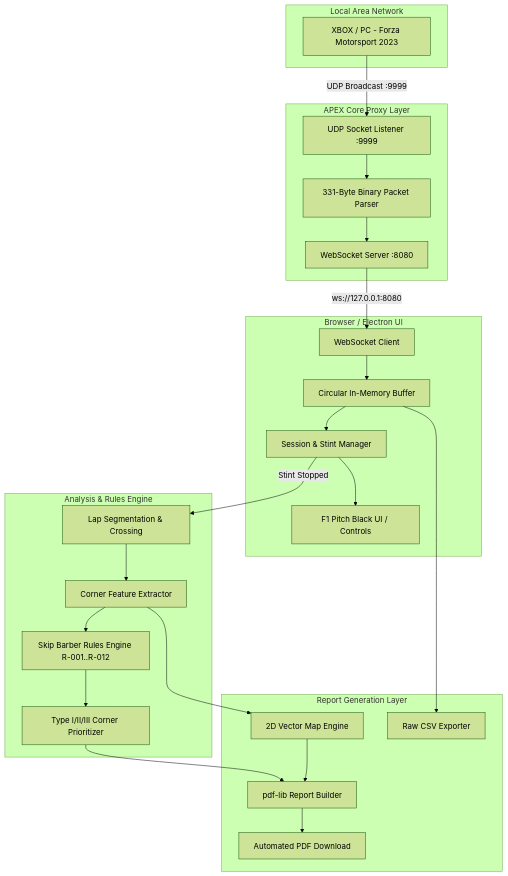
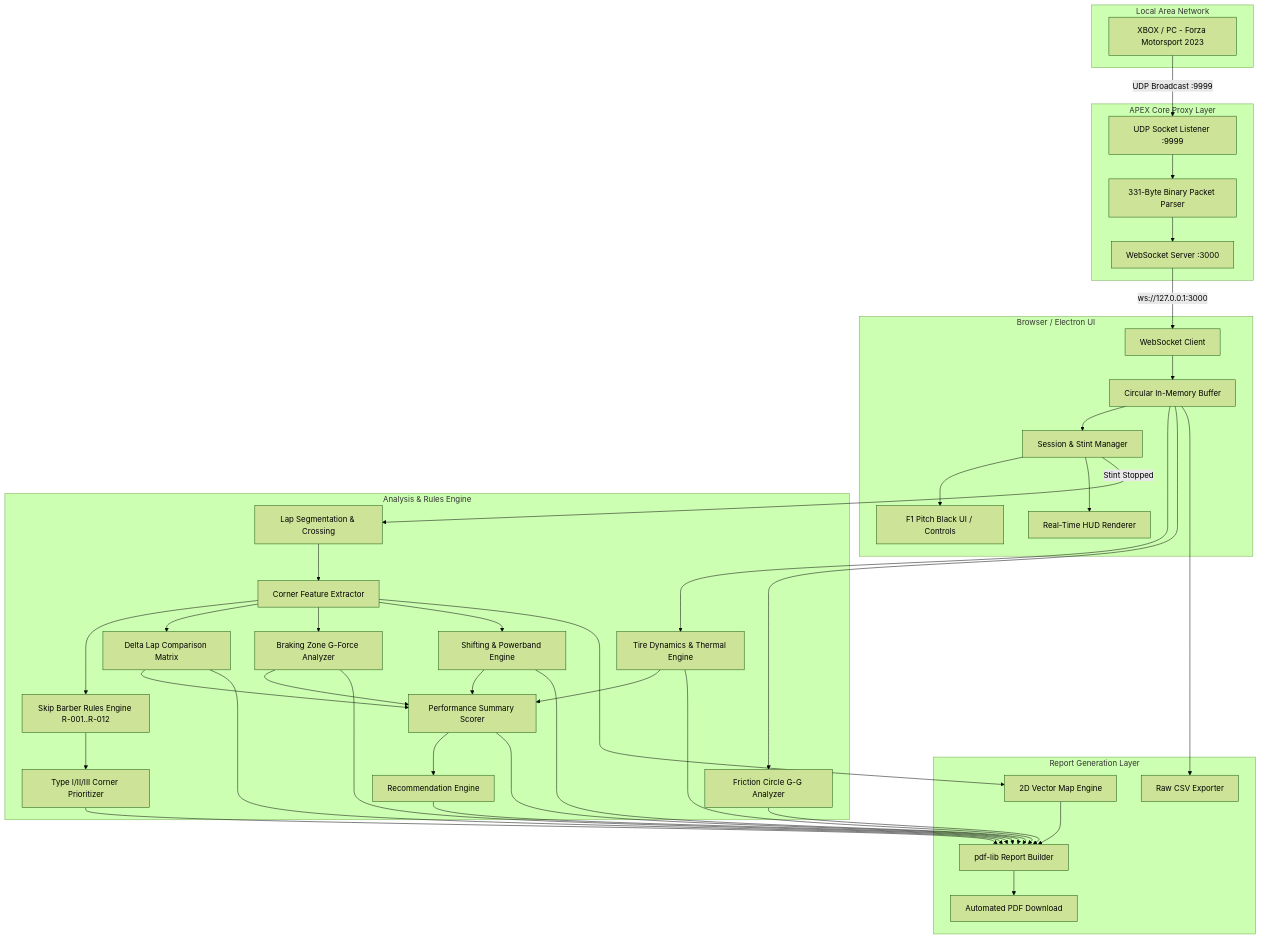
The second of 2 diagrams in DEVELOPMENT ROADMAP.md (mindcoder9033/APEX-v2.9), drawn with Mermaid (forest theme) before and after one commit. The commit also changed other lines of this file, not shown here.

Commit message:
Update DEVELOPMENT ROADMAP.md

````diff
--- a/DEVELOPMENT ROADMAP.md
+++ b/DEVELOPMENT ROADMAP.md
@@ -223,50 +265,76 @@
 ```mermaid
 graph TD
     subgraph LAN [Local Area Network]
         XBOX[XBOX / PC - Forza Motorsport 2023]
     end
 
     subgraph Backend [APEX Core Proxy Layer]
         UDP[UDP Socket Listener :9999]
         Parser[331-Byte Binary Packet Parser]
-        WS_Server[WebSocket Server :8080]
+        WS_Server[WebSocket Server :3000]
     end
 
     subgraph Client [Browser / Electron UI]
         WS_Client[WebSocket Client]
         Buffer[Circular In-Memory Buffer]
         StateMgr[Session & Stint Manager]
         UI[F1 Pitch Black UI / Controls]
+        HUD[Real-Time HUD Renderer]
     end
 
     subgraph Engine [Analysis & Rules Engine]
         LapSeg[Lap Segmentation & Crossing]
         CornerDetect[Corner Feature Extractor]
         GoingFaster[Skip Barber Rules Engine R-001..R-012]
         PriorityRank[Type I/II/III Corner Prioritizer]
+        DeltaEngine[Delta Lap Comparison Matrix]
+        BrakingEngine[Braking Zone G-Force Analyzer]
+        ShiftingEngine[Shifting & Powerband Engine]
+        TireEngine[Tire Dynamics & Thermal Engine]
+        FrictionEngine[Friction Circle G-G Analyzer]
+        PerfSummary[Performance Summary Scorer]
+        RecEngine[Recommendation Engine]
     end
 
     subgraph Output [Report Generation Layer]
         PDFGen[pdf-lib Report Builder]
         TrackMap[2D Vector Map Engine]
         PDFDoc[Automated PDF Download]
         CSVExport[Raw CSV Exporter]
     end
 
     XBOX -->|UDP Broadcast :9999| UDP
     UDP --> Parser
     Parser --> WS_Server
-    WS_Server -->|ws://127.0.0.1:8080| WS_Client
+    WS_Server -->|ws://127.0.0.1:3000| WS_Client
     WS_Client --> Buffer
     Buffer --> StateMgr
     StateMgr --> UI
+    StateMgr --> HUD
     StateMgr -->|Stint Stopped| LapSeg
     LapSeg --> CornerDetect
     CornerDetect --> GoingFaster
     GoingFaster --> PriorityRank
+    CornerDetect --> DeltaEngine
+    CornerDetect --> BrakingEngine
+    CornerDetect --> ShiftingEngine
+    Buffer --> TireEngine
+    Buffer --> FrictionEngine
+    DeltaEngine --> PerfSummary
+    BrakingEngine --> PerfSummary
+    ShiftingEngine --> PerfSummary
+    TireEngine --> PerfSummary
+    PerfSummary --> RecEngine
     PriorityRank --> PDFGen
+    DeltaEngine --> PDFGen
+    BrakingEngine --> PDFGen
+    ShiftingEngine --> PDFGen
+    TireEngine --> PDFGen
+    FrictionEngine --> PDFGen
+    PerfSummary --> PDFGen
+    RecEngine --> PDFGen
     CornerDetect --> TrackMap
     TrackMap --> PDFGen
     PDFGen --> PDFDoc
     Buffer --> CSVExport
 ```
````
